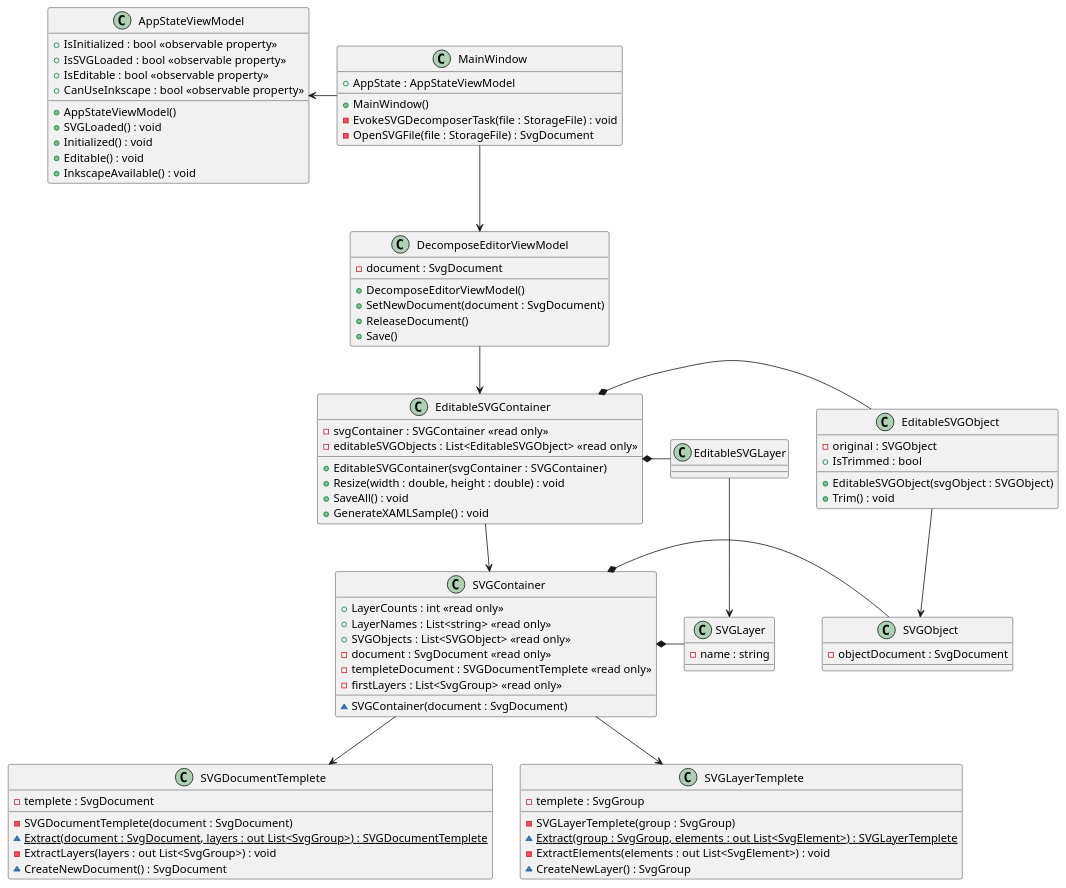
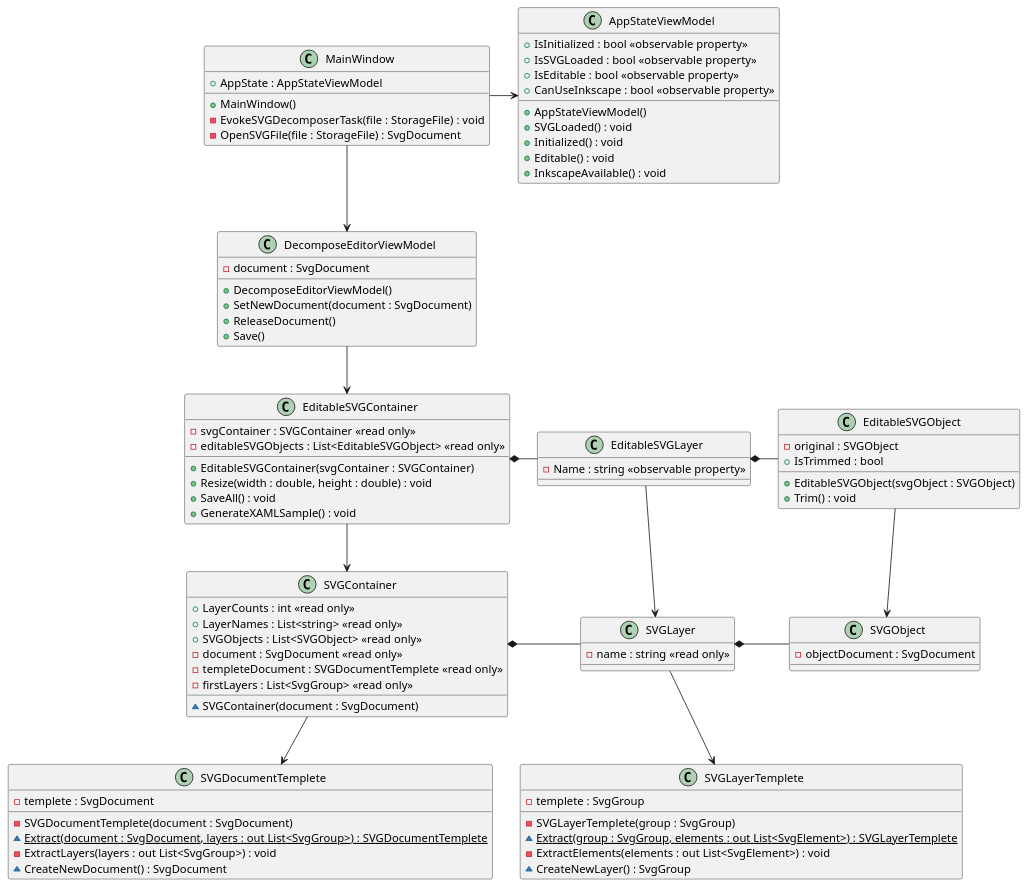
One commit to tatsuya19871219/SVGObjectsDecomposer changed the diagram in uml/SVGObjectsDecomposer.puml. Above: the diagram before and after it, drawn with PlantUML. The commit also changed 9 other files, not shown here.

```diff
--- a/uml/SVGObjectsDecomposer.puml
+++ b/uml/SVGObjectsDecomposer.puml
@@ -1,123 +1,127 @@
 @startuml SVGObjectsDecomposer
 
 class MainWindow
 {
     + AppState : AppStateViewModel
     + MainWindow()
     - EvokeSVGDecomposerTask(file : StorageFile) : void
     - OpenSVGFile(file : StorageFile) : SvgDocument
 }
 
 class AppStateViewModel
 {
     + IsInitialized : bool <<observable property>>
     + IsSVGLoaded : bool <<observable property>>
     + IsEditable : bool <<observable property>>
     + CanUseInkscape : bool <<observable property>>
     + AppStateViewModel()
     + SVGLoaded() : void
     + Initialized() : void
     + Editable() : void
     + InkscapeAvailable() : void
 }
 
 class DecomposeEditorViewModel
 {
     - document : SvgDocument
     + DecomposeEditorViewModel()
     + SetNewDocument(document : SvgDocument)
     + ReleaseDocument()
     + Save()
 }
 
 class EditableSVGContainer
 {
     - svgContainer : SVGContainer <<read only>>
     - editableSVGObjects : List<EditableSVGObject> <<read only>>
     + EditableSVGContainer(svgContainer : SVGContainer)
     + Resize(width : double, height : double) : void
     '+ TrimAll() : void
     + SaveAll() : void
     + GenerateXAMLSample() : void
 }
 
 class SVGContainer
 {
     + LayerCounts : int <<read only>>
     + LayerNames : List<string> <<read only>>
     + SVGObjects : List<SVGObject> <<read only>>
     - document : SvgDocument <<read only>>
     - templeteDocument : SVGDocumentTemplete <<read only>>
     - firstLayers : List<SvgGroup> <<read only>>
     ~ SVGContainer(document : SvgDocument)
 
 }
 
 class SVGDocumentTemplete
 {
     - templete : SvgDocument
     - SVGDocumentTemplete(document : SvgDocument)
     {static} ~ Extract(document : SvgDocument, layers : out List<SvgGroup>) : SVGDocumentTemplete
     - ExtractLayers(layers : out List<SvgGroup>) : void
     ~ CreateNewDocument() : SvgDocument
 }
 
 class SVGLayerTemplete
 {
     - templete : SvgGroup
     - SVGLayerTemplete(group : SvgGroup)
     {static} ~ Extract(group : SvgGroup, elements : out List<SvgElement>) : SVGLayerTemplete
     - ExtractElements(elements : out List<SvgElement>) : void
     ~ CreateNewLayer() : SvgGroup
 }
 
 class SVGLayer
 {
-    - name : string
+    - name : string <<read only>>
 }
 
 class EditableSVGLayer
 {
-
+    - Name : string <<observable property>>
 }
 
 class SVGObject
 {
     - objectDocument : SvgDocument
 }
 
 
 class EditableSVGObject
 {
     - original : SVGObject
     '- trimmed : SVGObject
     + EditableSVGObject(svgObject : SVGObject)
     + IsTrimmed : bool
     + Trim() : void
 }
 
 
 ' arrows
-MainWindow -left-> AppStateViewModel
+MainWindow -right-> AppStateViewModel
 'MainWindow --> EditableSVGContainer
 MainWindow --> DecomposeEditorViewModel
 
 EditableSVGObject --> SVGObject
 EditableSVGLayer --> SVGLayer
 EditableSVGContainer --> SVGContainer
 
 SVGContainer --> SVGDocumentTemplete
-SVGContainer --> SVGLayerTemplete
+'SVGContainer --> SVGLayerTemplete
+SVGLayer --> SVGLayerTemplete
 
-SVGContainer *- SVGObject
-EditableSVGContainer *- EditableSVGObject
+'SVGContainer *- SVGObject
+'EditableSVGContainer *- EditableSVGObject
 
 SVGContainer *- SVGLayer
 EditableSVGContainer *- EditableSVGLayer
+
+SVGLayer *- SVGObject
+EditableSVGLayer *- EditableSVGObject
 
 'EditableSVGContainer -up-|> ObservableObject
 'EditableSVGObject -up-|> ObservableObject
 
 DecomposeEditorViewModel --> EditableSVGContainer
 
 @enduml
```
